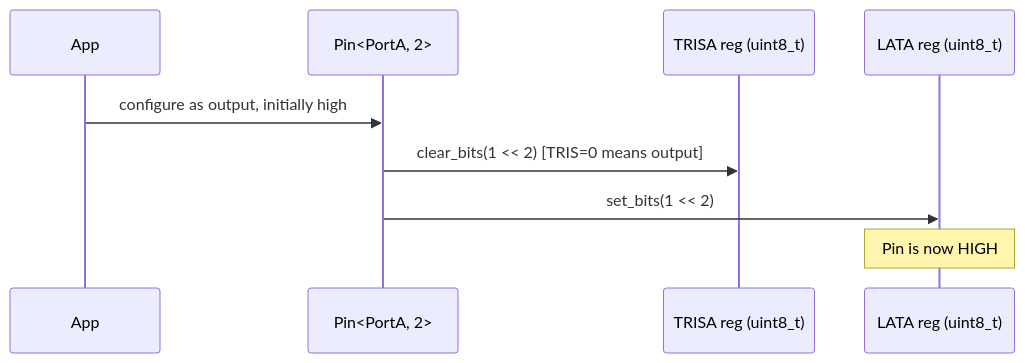
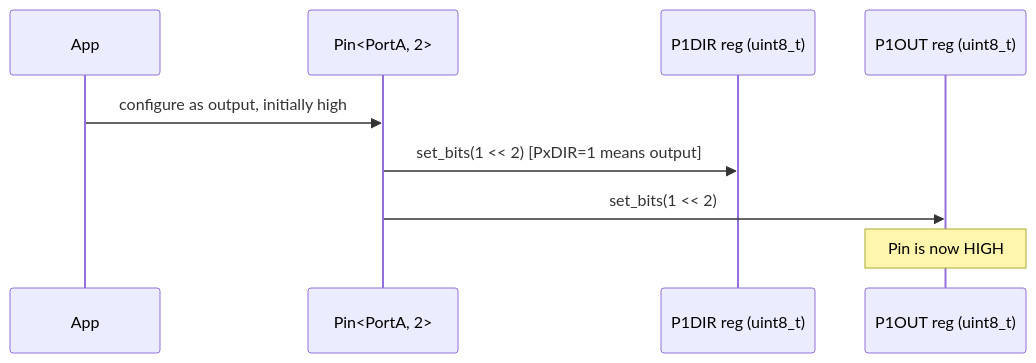
One commit to grahame-org/ohal changed diagram 11 of 13 in docs/plan.md. Above: the diagram before and after it, drawn with Mermaid. The commit also changed other lines of this file and 7 other files, not shown here.

````diff
--- a/docs/plan.md
+++ b/docs/plan.md
@@ -572,12 +567,12 @@
 ```mermaid
 sequenceDiagram
     participant App
     participant Pin as Pin<PortA, 2>
-    participant TRISA as TRISA reg (uint8_t)
-    participant LATA as LATA reg (uint8_t)
+    participant DIR as P1DIR reg (uint8_t)
+    participant OUT as P1OUT reg (uint8_t)
 
     App->>Pin: configure as output, initially high
-    Pin->>TRISA: clear_bits(1 << 2) [TRIS=0 means output]
-    Pin->>LATA: set_bits(1 << 2)
-    Note over LATA: Pin is now HIGH
+    Pin->>DIR: set_bits(1 << 2) [PxDIR=1 means output]
+    Pin->>OUT: set_bits(1 << 2)
+    Note over OUT: Pin is now HIGH
 ```
````
